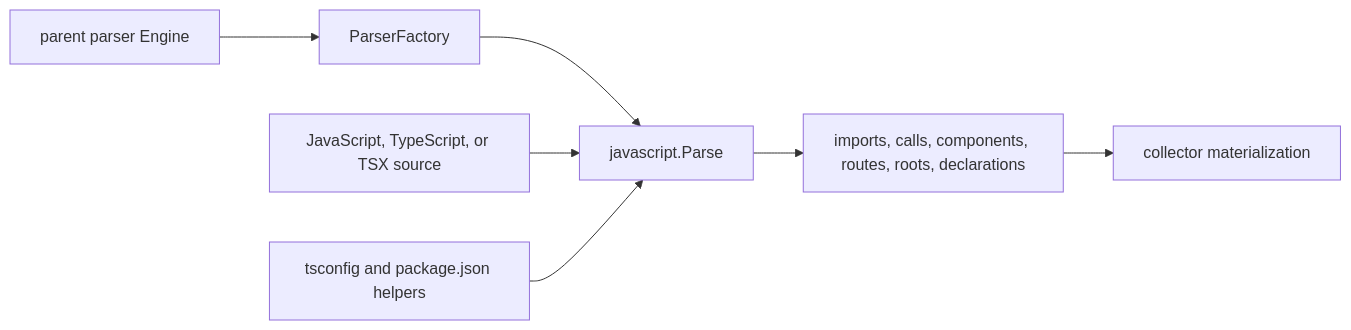
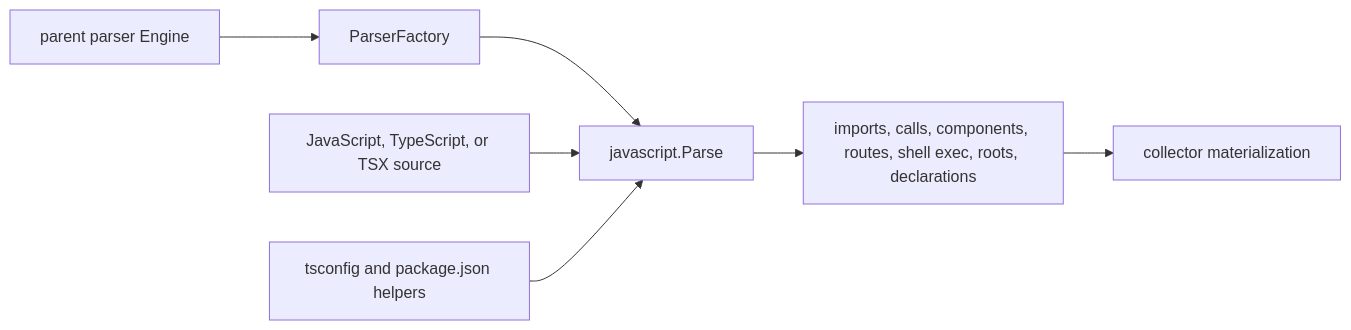
Before and after one commit to eshu-hq/eshu: the diagram in go/internal/parser/javascript/README.md, drawn with Mermaid. The commit also changed other lines of this file and 50 other files, not shown here.

Commit message:
Materialize shell exec sink graph facts

````diff
--- a/go/internal/parser/javascript/README.md
+++ b/go/internal/parser/javascript/README.md
@@ -13,17 +14,17 @@
 ```mermaid
 flowchart LR
     Parent["parent parser Engine"]
     Factory["ParserFactory"]
     Source["JavaScript, TypeScript, or TSX source"]
     Resolver["tsconfig and package.json helpers"]
     Adapter["javascript.Parse"]
-    Payload["imports, calls, components, routes, roots, declarations"]
+    Payload["imports, calls, components, routes, shell exec, roots, declarations"]
     Collector["collector materialization"]
 
     Parent --> Factory
     Factory --> Adapter
     Source --> Adapter
     Resolver --> Adapter
     Adapter --> Payload
     Payload --> Collector
 ```
````
